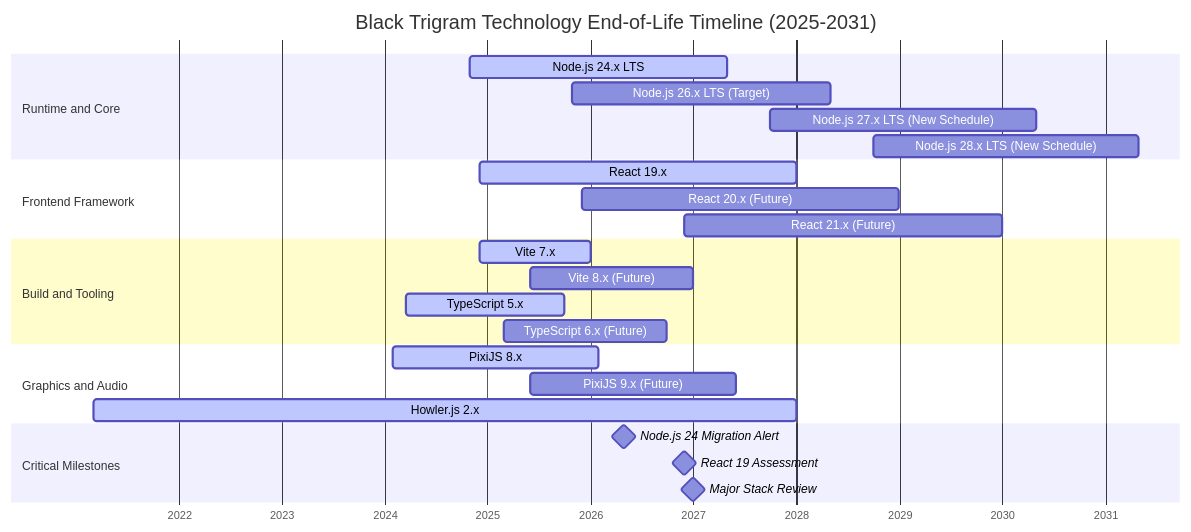
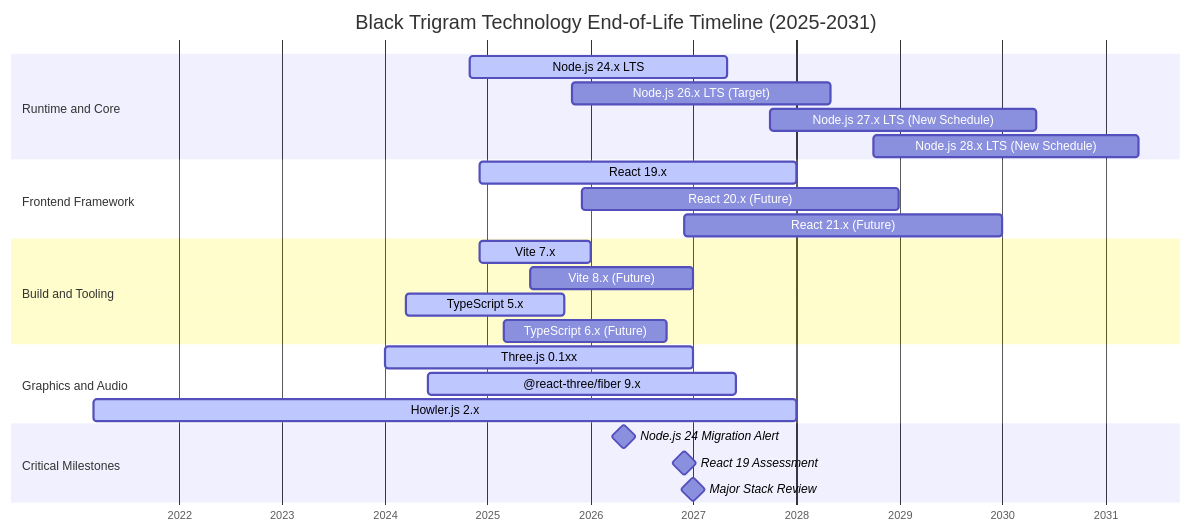
The fifth of 8 diagrams in End-of-Life-Strategy.md (Hack23/blacktrigram), drawn with Mermaid before and after one commit. The commit also changed other lines of this file, not shown here.

First line of the commit message:
Update all PixiJS references to Three.js/R3F throughout End-of-Life-Strategy.md

````diff
--- a/End-of-Life-Strategy.md
+++ b/End-of-Life-Strategy.md
@@ -378,33 +378,33 @@
 ```mermaid
 gantt
     title Black Trigram Technology End-of-Life Timeline (2025-2031)
     dateFormat YYYY-MM-DD
     axisFormat %Y
 
     section Runtime and Core
     Node.js 24.x LTS          :active, node24, 2024-10-29, 2027-04-30
     Node.js 26.x LTS (Target) :node26, 2025-10-28, 2028-04-30
     Node.js 27.x LTS (New Schedule) :node27, 2027-10-01, 2030-04-30
     Node.js 28.x LTS (New Schedule) :node28, 2028-10-01, 2031-04-30
 
     section Frontend Framework
     React 19.x                :active, react19, 2024-12-05, 2027-12-31
     React 20.x (Future)       :react20, 2025-12-01, 2028-12-31
     React 21.x (Future)       :react21, 2026-12-01, 2029-12-31
 
     section Build and Tooling
     Vite 7.x                  :active, vite7, 2024-12-03, 2025-12-31
     Vite 8.x (Future)         :vite8, 2025-06-01, 2026-12-31
     TypeScript 5.x            :active, ts5, 2024-03-16, 2025-09-30
     TypeScript 6.x (Future)   :ts6, 2025-03-01, 2026-09-30
 
     section Graphics and Audio
-    PixiJS 8.x                :active, pixi8, 2024-01-30, 2026-01-30
-    PixiJS 9.x (Future)       :pixi9, 2025-06-01, 2027-06-01
+    Three.js 0.1xx             :active, three, 2024-01-01, 2026-12-31
+    @react-three/fiber 9.x     :active, r3f9, 2024-06-01, 2027-06-01
     Howler.js 2.x             :active, howler2, 2021-03-04, 2027-12-31
 
     section Critical Milestones
     Node.js 24 Migration Alert :milestone, node24alert, 2026-04-30, 0d
     React 19 Assessment       :milestone, react19assess, 2026-12-01, 0d
     Major Stack Review        :milestone, stackreview, 2027-01-01, 0d
 ```
````
